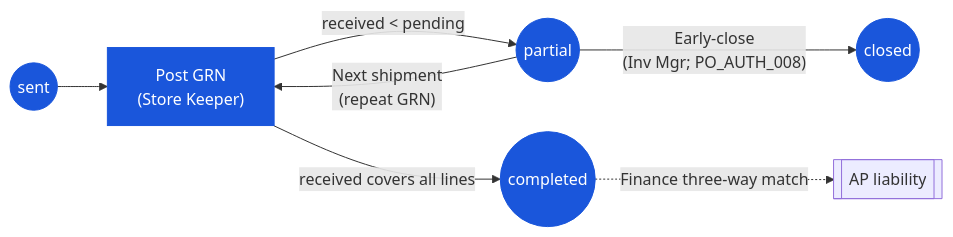
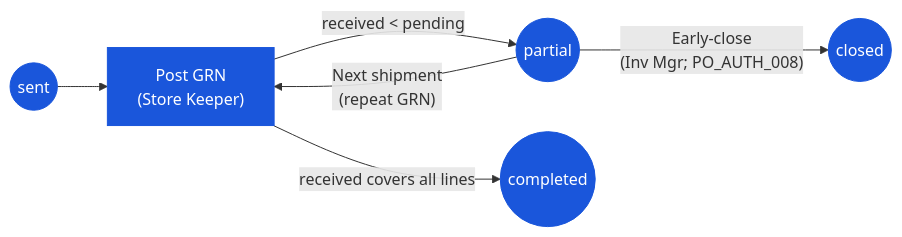
One commit to CarmenSoftware-organization/carmen-wiki changed the diagram in en/inventory/purchase-order/03-user-flow-receiver.md. Above: the diagram before and after it, drawn with Mermaid. The commit also changed other lines of this file and 10 other files, not shown here.

First line of the commit message:
docs(resync): purchase-order snapshot — sweep residual three-way-match and stale grouping-key claims

````diff
--- a/en/inventory/purchase-order/03-user-flow-receiver.md
+++ b/en/inventory/purchase-order/03-user-flow-receiver.md
@@ -23,10 +23,9 @@
 ```mermaid
 graph LR
     sent(("sent")):::current --> grn["Post GRN<br/>(Store Keeper)"]:::current
     grn -->|"received < pending"| partial(("partial")):::current
     grn -->|"received covers all lines"| completed(("completed")):::current
     partial -->|"Next shipment<br/>(repeat GRN)"| grn
     partial -->|"Early-close<br/>(Inv Mgr; PO_AUTH_008)"| closed(("closed")):::current
-    completed -.->|"Finance three-way match"| ap[["AP liability"]]
     classDef current fill:#1a56db,color:#fff,stroke:#1a56db;
 ```
````
